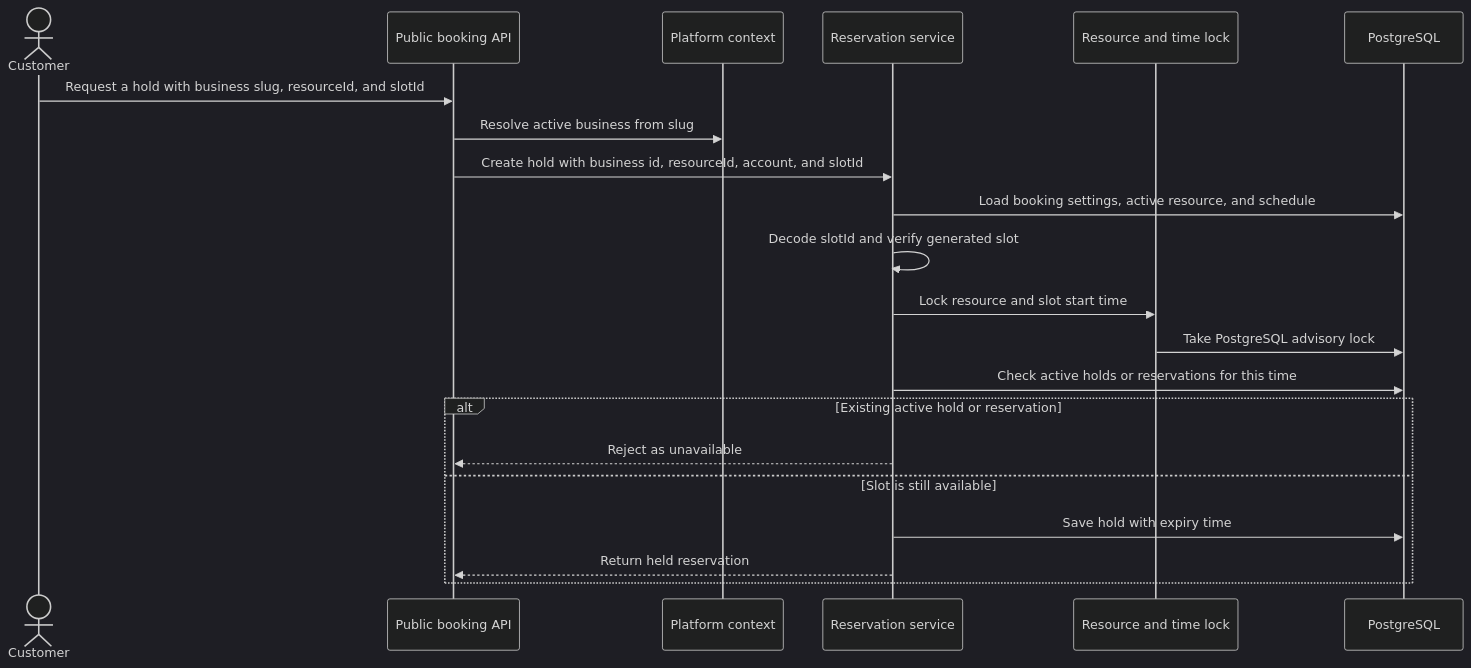
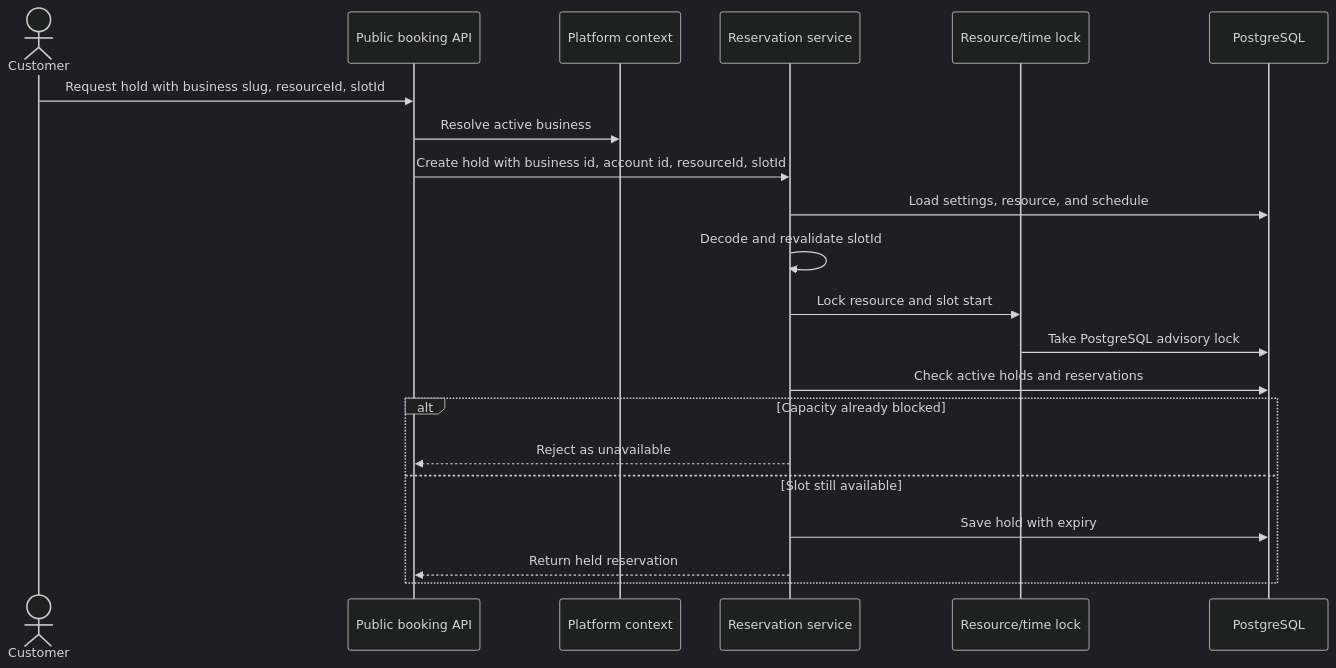
Before and after one commit to jaeyeopme/resrv: the second of 2 diagrams in README.md, drawn with Mermaid (dark theme). The commit also changed other lines of this file and 9 other files, not shown here.

````diff
--- a/README.md
+++ b/README.md
@@ -105,24 +160,24 @@
 ```mermaid
 sequenceDiagram
     actor Customer
     participant PublicAPI as Public booking API
     participant Platform as Platform context
     participant Service as Reservation service
-    participant Lock as Resource and time lock
+    participant Lock as Resource/time lock
     participant DB as PostgreSQL
 
-    Customer->>PublicAPI: Request a hold with business slug, resourceId, and slotId
-    PublicAPI->>Platform: Resolve active business from slug
-    PublicAPI->>Service: Create hold with business id, resourceId, account, and slotId
-    Service->>DB: Load booking settings, active resource, and schedule
-    Service->>Service: Decode slotId and verify generated slot
-    Service->>Lock: Lock resource and slot start time
+    Customer->>PublicAPI: Request hold with business slug, resourceId, slotId
+    PublicAPI->>Platform: Resolve active business
+    PublicAPI->>Service: Create hold with business id, account id, resourceId, slotId
+    Service->>DB: Load settings, resource, and schedule
+    Service->>Service: Decode and revalidate slotId
+    Service->>Lock: Lock resource and slot start
     Lock->>DB: Take PostgreSQL advisory lock
-    Service->>DB: Check active holds or reservations for this time
-    alt Existing active hold or reservation
+    Service->>DB: Check active holds and reservations
+    alt Capacity already blocked
         Service-->>PublicAPI: Reject as unavailable
-    else Slot is still available
-        Service->>DB: Save hold with expiry time
+    else Slot still available
+        Service->>DB: Save hold with expiry
         Service-->>PublicAPI: Return held reservation
     end
 ```
````
